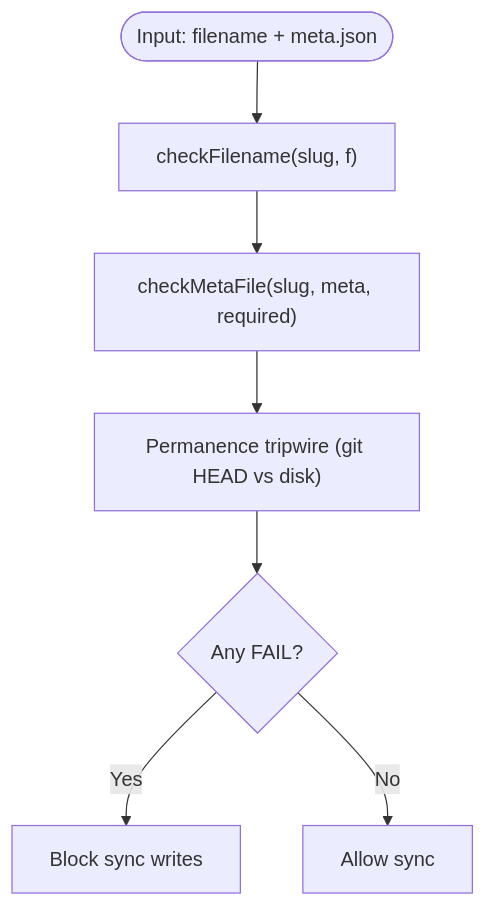
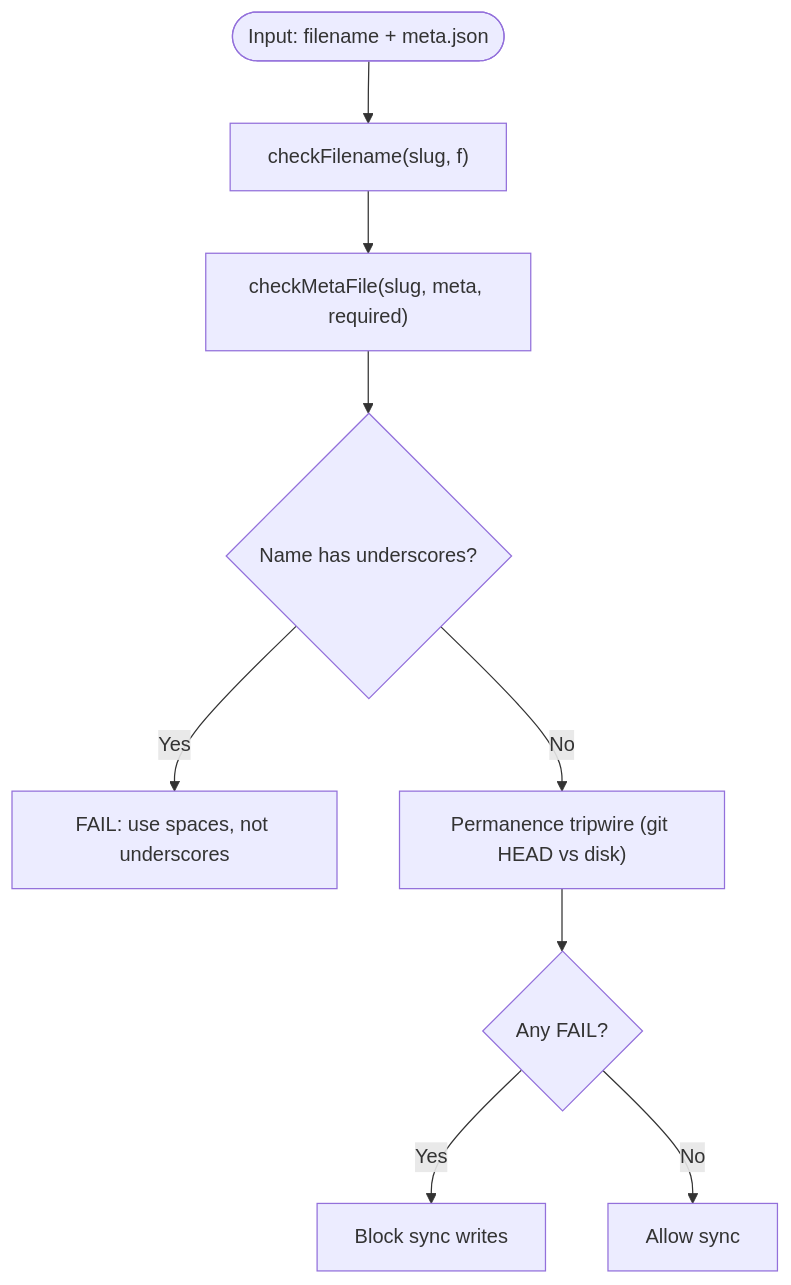
Before and after one commit to delirium-dj/modelcomp: diagram 12 of 17 in .qoder/repowiki/en/content/Data Management System/Data Management System.md, drawn with Mermaid. The commit also changed other lines of this file and 141 other files, not shown here.

````diff
--- a/.qoder/repowiki/en/content/Data Management System/Data Management System.md
+++ b/.qoder/repowiki/en/content/Data Management System/Data Management System.md
@@ -454,9 +467,11 @@
 ```mermaid
 flowchart TD
 Start(["Input: filename + meta.json"]) --> Filename["checkFilename(slug, f)"]
 Filename --> Meta["checkMetaFile(slug, meta, required)"]
-Meta --> Perma["Permanence tripwire (git HEAD vs disk)"]
+Meta --> NameCheck{"Name has underscores?"}
+NameCheck --> |Yes| NameFail["FAIL: use spaces, not underscores"]
+NameCheck --> |No| Perma["Permanence tripwire (git HEAD vs disk)"]
 Perma --> Result{"Any FAIL?"}
 Result --> |Yes| Block["Block sync writes"]
 Result --> |No| Pass["Allow sync"]
 ```
````
